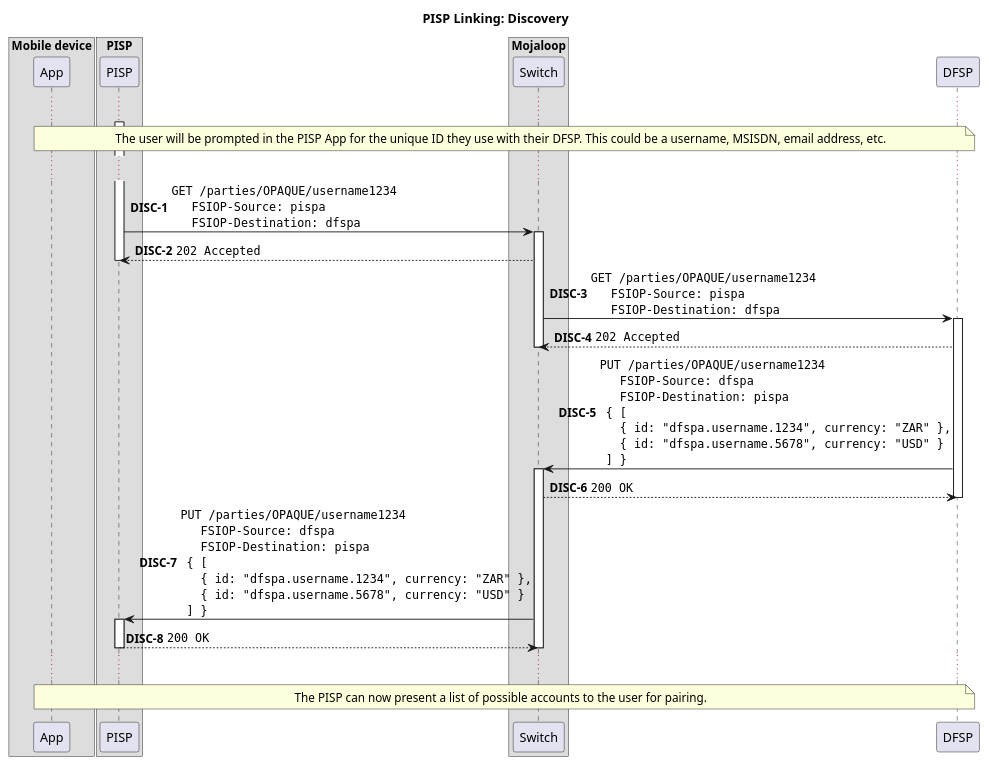
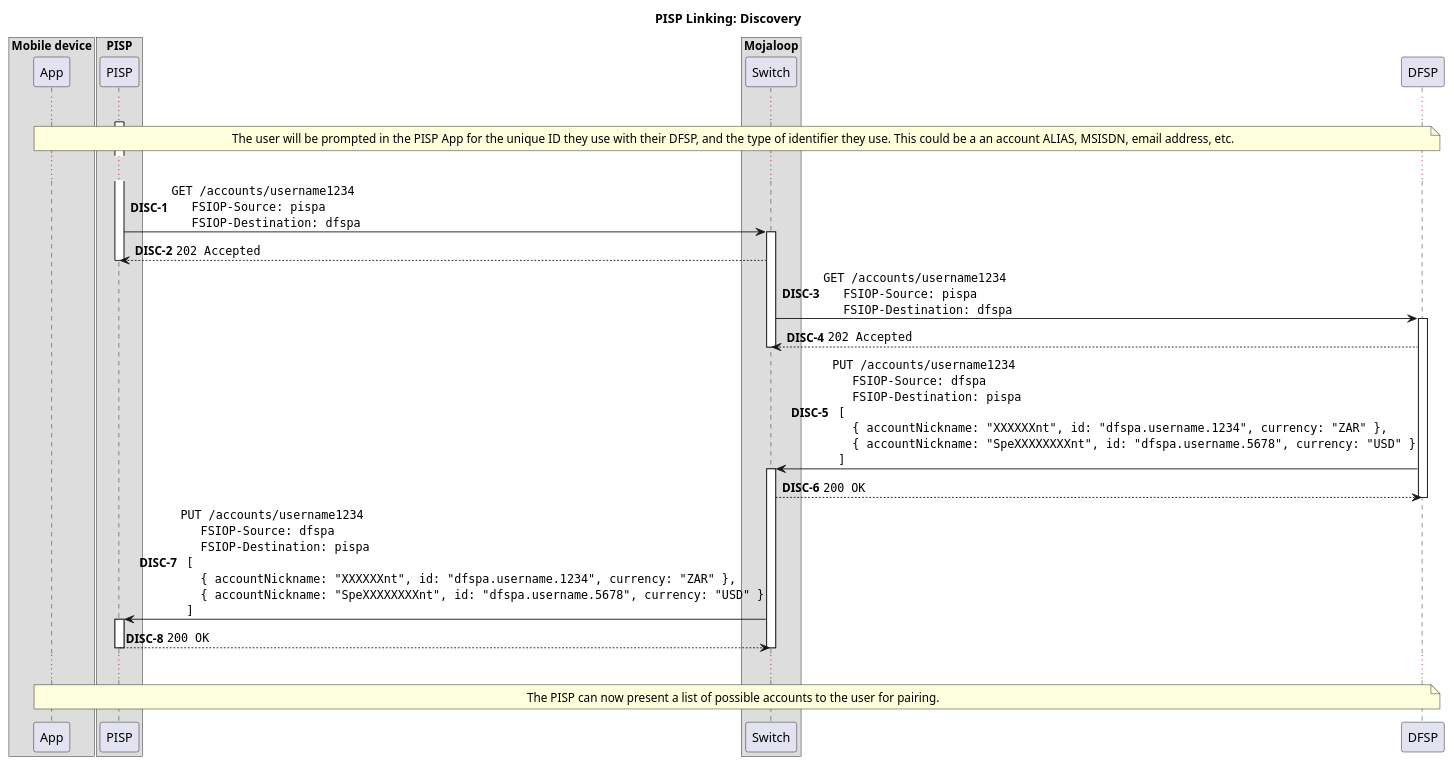
One commit to mojaloop/pisp-project changed the diagram in docs/linking/1-discovery.puml. Above: the diagram before and after it, drawn with PlantUML. The commit also changed 14 other files, not shown here.

First line of the commit message:
feat: update sequence diagrams for draft v0.1 (#114)

```diff
--- a/docs/linking/1-discovery.puml
+++ b/docs/linking/1-discovery.puml
@@ -1,69 +1,69 @@
 @startuml
 
 title PISP Linking: Discovery
 
 box "Mobile device"
     participant App
 end box
 
 box "PISP"
     participant PISP
 end box
 
 box "Mojaloop"
     participant Switch
 end box
 
 participant DFSP
 
 autonumber 1 "<b>DISC-#</b>"
 activate PISP
 
 ...
 
 note over App, DFSP
-  The user will be prompted in the PISP App for the unique ID they use with their DFSP. This could be a username, MSISDN, email address, etc.
+  The user will be prompted in the PISP App for the unique ID they use with their DFSP, and the type of identifier they use. This could be a an account ALIAS, MSISDN, email address, etc.
 end note
 
 ...
 
-PISP -> Switch ++: ""GET /parties/OPAQUE/username1234""\n\
+PISP -> Switch ++: ""GET /accounts/username1234""\n\
   ""  FSIOP-Source: pispa""\n\
   ""  FSIOP-Destination: dfspa""
 Switch --> PISP: ""202 Accepted""
 deactivate PISP
 
-Switch -> DFSP ++: ""GET /parties/OPAQUE/username1234""\n\
+Switch -> DFSP ++: ""GET /accounts/username1234""\n\
   ""  FSIOP-Source: pispa""\n\
   ""  FSIOP-Destination: dfspa""
 DFSP --> Switch: ""202 Accepted""
 deactivate Switch
 
-DFSP -> Switch ++: ""PUT /parties/OPAQUE/username1234""\n\
+DFSP -> Switch ++: ""PUT /accounts/username1234""\n\
   ""  FSIOP-Source: dfspa""\n\
   ""  FSIOP-Destination: pispa""\n\
-  ""{ [""\n\
-  ""  { id: "dfspa.username.1234", currency: "ZAR" },""\n\
-  ""  { id: "dfspa.username.5678", currency: "USD" }""\n\
-  ""] }""
+  ""[""\n\
+  ""  { accountNickname: "XXXXXXnt", id: "dfspa.username.1234", currency: "ZAR" },""\n\
+  ""  { accountNickname: "SpeXXXXXXXXnt", id: "dfspa.username.5678", currency: "USD" }""\n\
+  ""]""
 Switch --> DFSP: ""200 OK""
 deactivate DFSP
 
-Switch -> PISP ++: ""PUT /parties/OPAQUE/username1234""\n\
+Switch -> PISP ++: ""PUT /accounts/username1234""\n\
   ""  FSIOP-Source: dfspa""\n\
   ""  FSIOP-Destination: pispa""\n\
-  ""{ [""\n\
-  ""  { id: "dfspa.username.1234", currency: "ZAR" },""\n\
-  ""  { id: "dfspa.username.5678", currency: "USD" }""\n\
-  ""] }""
+  ""[""\n\
+  ""  { accountNickname: "XXXXXXnt", id: "dfspa.username.1234", currency: "ZAR" },""\n\
+  ""  { accountNickname: "SpeXXXXXXXXnt", id: "dfspa.username.5678", currency: "USD" }""\n\
+  ""]""
 PISP --> Switch: ""200 OK""
 deactivate Switch
 deactivate PISP
 
 ...
 
 note over App, DFSP
   The PISP can now present a list of possible accounts to the user for pairing.
 end note
 
 @enduml
```
